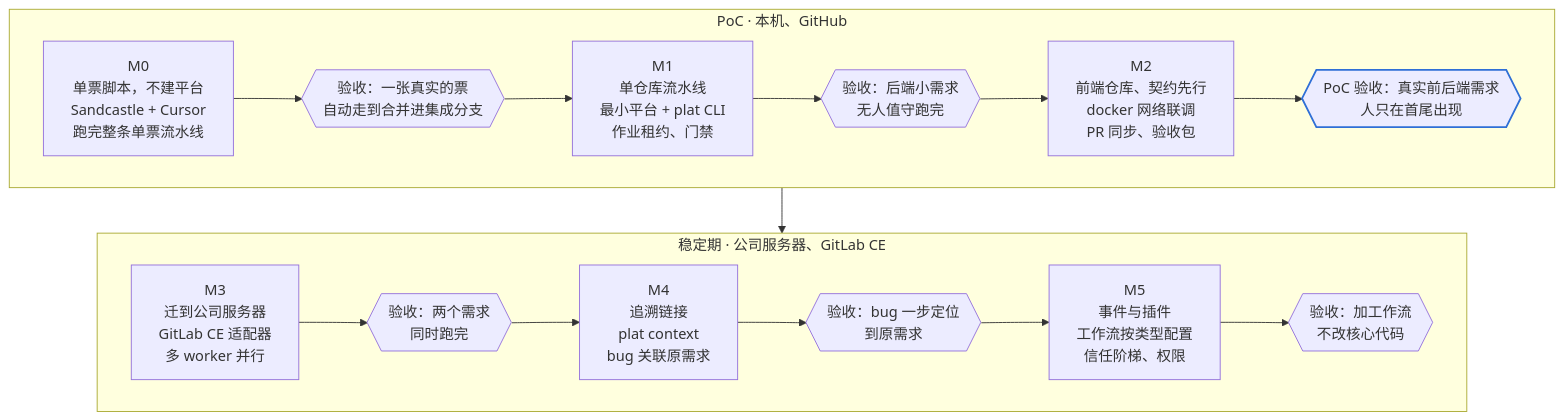
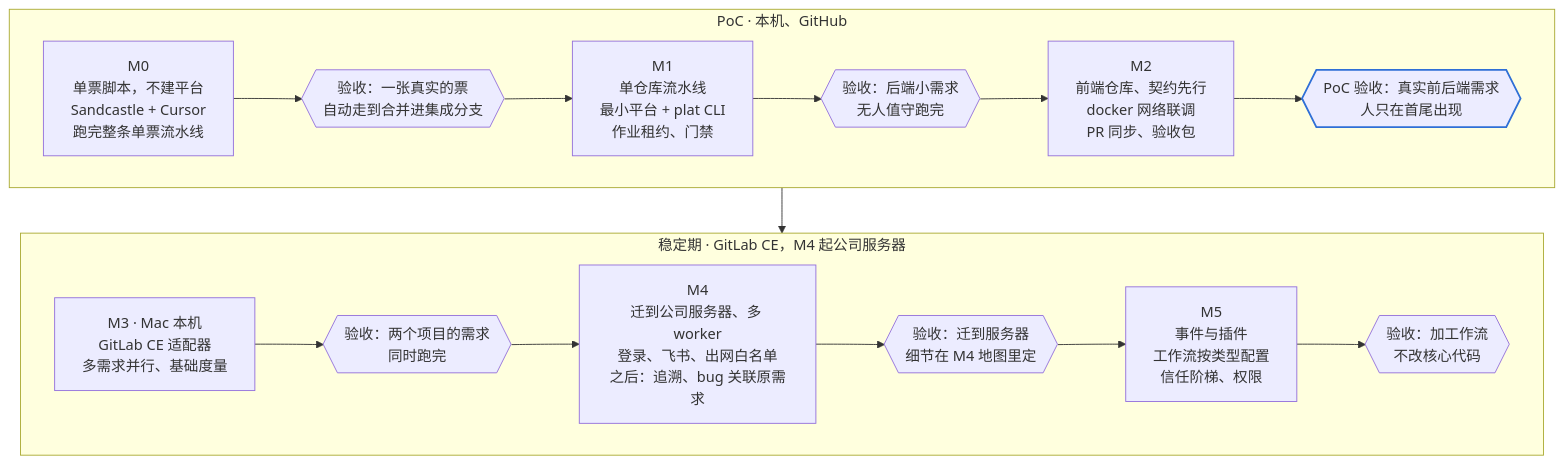
One commit to xxh171015/afk-platform changed diagram 24 of 24 in docs/design.md. Above: the diagram before and after it, drawn with Mermaid. The commit also changed other lines of this file and 1 other file, not shown here.

Commit message:
M3 spec: GitLab, specs in parallel and basic metrics on the user's Mac; design doc moves the server to M4 and drops MinIO

````diff
--- a/docs/design.md
+++ b/docs/design.md
@@ -1372,25 +1372,25 @@
 ```mermaid
 flowchart TB
     subgraph POC["PoC · 本机、GitHub"]
         direction LR
         M0["M0<br/>单票脚本，不建平台<br/>Sandcastle + Cursor<br/>跑完整条单票流水线"]
         G0{{"验收：一张真实的票<br/>自动走到合并进集成分支"}}
         M1["M1<br/>单仓库流水线<br/>最小平台 + plat CLI<br/>作业租约、门禁"]
         G1{{"验收：后端小需求<br/>无人值守跑完"}}
         M2["M2<br/>前端仓库、契约先行<br/>docker 网络联调<br/>PR 同步、验收包"]
         G2{{"PoC 验收：真实前后端需求<br/>人只在首尾出现"}}
         M0 --> G0 --> M1 --> G1 --> M2 --> G2
     end
-    subgraph SRV["稳定期 · 公司服务器、GitLab CE"]
+    subgraph SRV["稳定期 · GitLab CE，M4 起公司服务器"]
         direction LR
-        M3["M3<br/>迁到公司服务器<br/>GitLab CE 适配器<br/>多 worker 并行"]
-        G3{{"验收：两个需求<br/>同时跑完"}}
-        M4["M4<br/>追溯链接<br/>plat context<br/>bug 关联原需求"]
-        G4{{"验收：bug 一步定位<br/>到原需求"}}
+        M3["M3 · Mac 本机<br/>GitLab CE 适配器<br/>多需求并行、基础度量"]
+        G3{{"验收：两个项目的需求<br/>同时跑完"}}
+        M4["M4<br/>迁到公司服务器、多 worker<br/>登录、飞书、出网白名单<br/>之后：追溯、bug 关联原需求"]
+        G4{{"验收：迁到服务器<br/>细节在 M4 地图里定"}}
         M5["M5<br/>事件与插件<br/>工作流按类型配置<br/>信任阶梯、权限"]
         G5{{"验收：加工作流<br/>不改核心代码"}}
         M3 --> G3 --> M4 --> G4 --> M5 --> G5
     end
     POC --> SRV
     style G2 stroke:#2f6fd6,stroke-width:2px
 ```
````
